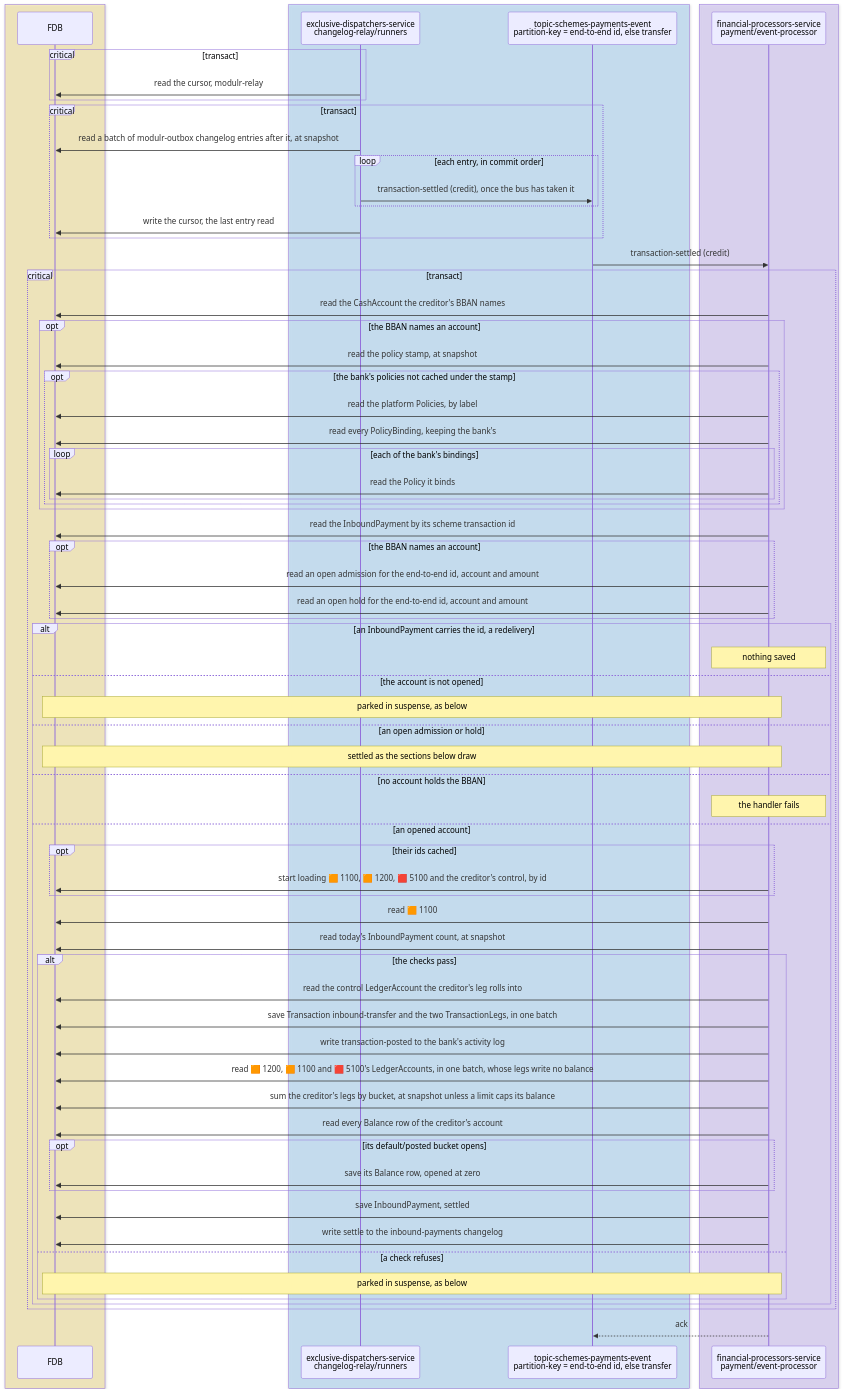
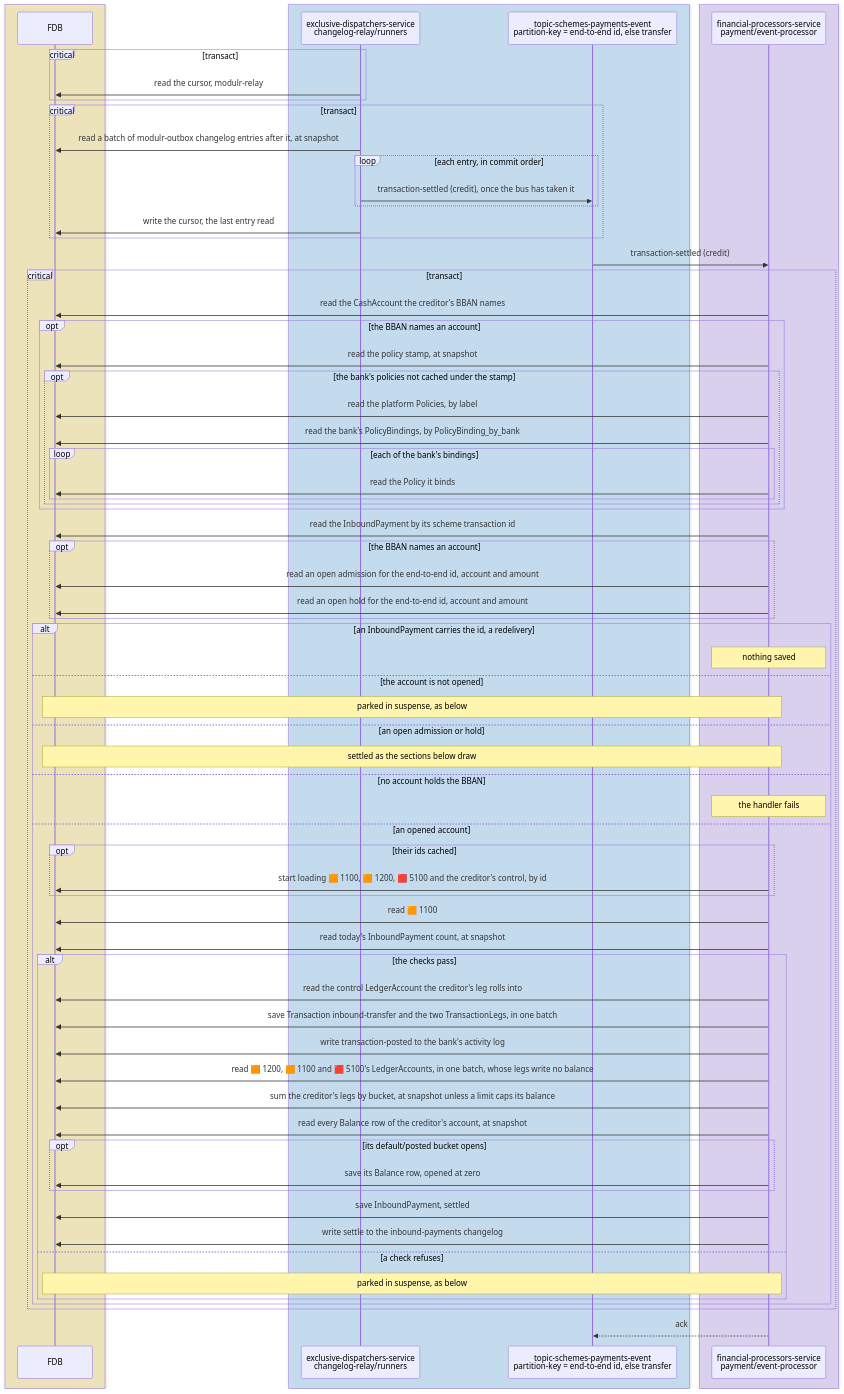
Before and after one commit to repldriven/queenswood: the third of 15 diagrams in docs/tdd/payments-inbound.md, drawn with Mermaid. The commit also changed other lines of this file and 2 other files, not shown here.

Commit message:
Draw the payment flows' snapshot row reads, pre-loads, cached bank read, binding index and reconcile outcomes

````diff
--- a/docs/tdd/payments-inbound.md
+++ b/docs/tdd/payments-inbound.md
@@ -152,73 +152,73 @@
 ```mermaid
 sequenceDiagram
     box rgba(255, 236, 153, 0.5)
     participant DB as FDB
     end
     box rgba(165, 216, 255, 0.45)
     participant OR as exclusive-dispatchers-service<br/>changelog-relay/runners
     participant SE as topic-schemes-payments-event<br/>partition-key = end-to-end id, else transfer
     end
     box rgba(208, 191, 255, 0.45)
     participant PE as financial-processors-service<br/>payment/event-processor
     end
     critical transact
     OR->>DB: read the cursor, modulr-relay
     end
     critical transact
     OR->>DB: read a batch of modulr-outbox changelog entries after it, at snapshot
     loop each entry, in commit order
     OR->>SE: transaction-settled (credit), once the bus has taken it
     end
     OR->>DB: write the cursor, the last entry read
     end
     SE->>PE: transaction-settled (credit)
     critical transact
     PE->>DB: read the CashAccount the creditor's BBAN names
     opt the BBAN names an account
     PE->>DB: read the policy stamp, at snapshot
     opt the bank's policies not cached under the stamp
     PE->>DB: read the platform Policies, by label
-    PE->>DB: read every PolicyBinding, keeping the bank's
+    PE->>DB: read the bank's PolicyBindings, by PolicyBinding_by_bank
     loop each of the bank's bindings
     PE->>DB: read the Policy it binds
     end
     end
     end
     PE->>DB: read the InboundPayment by its scheme transaction id
     opt the BBAN names an account
     PE->>DB: read an open admission for the end-to-end id, account and amount
     PE->>DB: read an open hold for the end-to-end id, account and amount
     end
     alt an InboundPayment carries the id, a redelivery
     Note over PE: nothing saved
     else the account is not opened
     Note over PE,DB: parked in suspense, as below
     else an open admission or hold
     Note over PE,DB: settled as the sections below draw
     else no account holds the BBAN
     Note over PE: the handler fails
     else an opened account
     opt their ids cached
     PE->>DB: start loading 🟧 1100, 🟧 1200, 🟥 5100 and the creditor's control, by id
     end
     PE->>DB: read 🟧 1100
     PE->>DB: read today's InboundPayment count, at snapshot
     alt the checks pass
     PE->>DB: read the control LedgerAccount the creditor's leg rolls into
     PE->>DB: save Transaction inbound-transfer and the two TransactionLegs, in one batch
     PE->>DB: write transaction-posted to the bank's activity log
     PE->>DB: read 🟧 1200, 🟧 1100 and 🟥 5100's LedgerAccounts, in one batch, whose legs write no balance
     PE->>DB: sum the creditor's legs by bucket, at snapshot unless a limit caps its balance
-    PE->>DB: read every Balance row of the creditor's account
+    PE->>DB: read every Balance row of the creditor's account, at snapshot
     opt its default/posted bucket opens
     PE->>DB: save its Balance row, opened at zero
     end
     PE->>DB: save InboundPayment, settled
     PE->>DB: write settle to the inbound-payments changelog
     else a check refuses
     Note over PE,DB: parked in suspense, as below
     end
     end
     end
     PE-->>SE: ack
 ```
````
